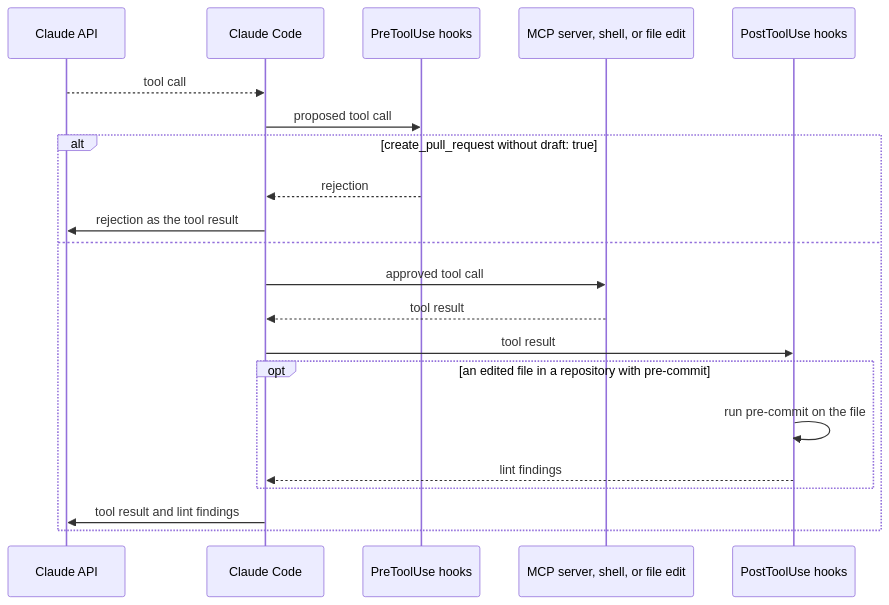
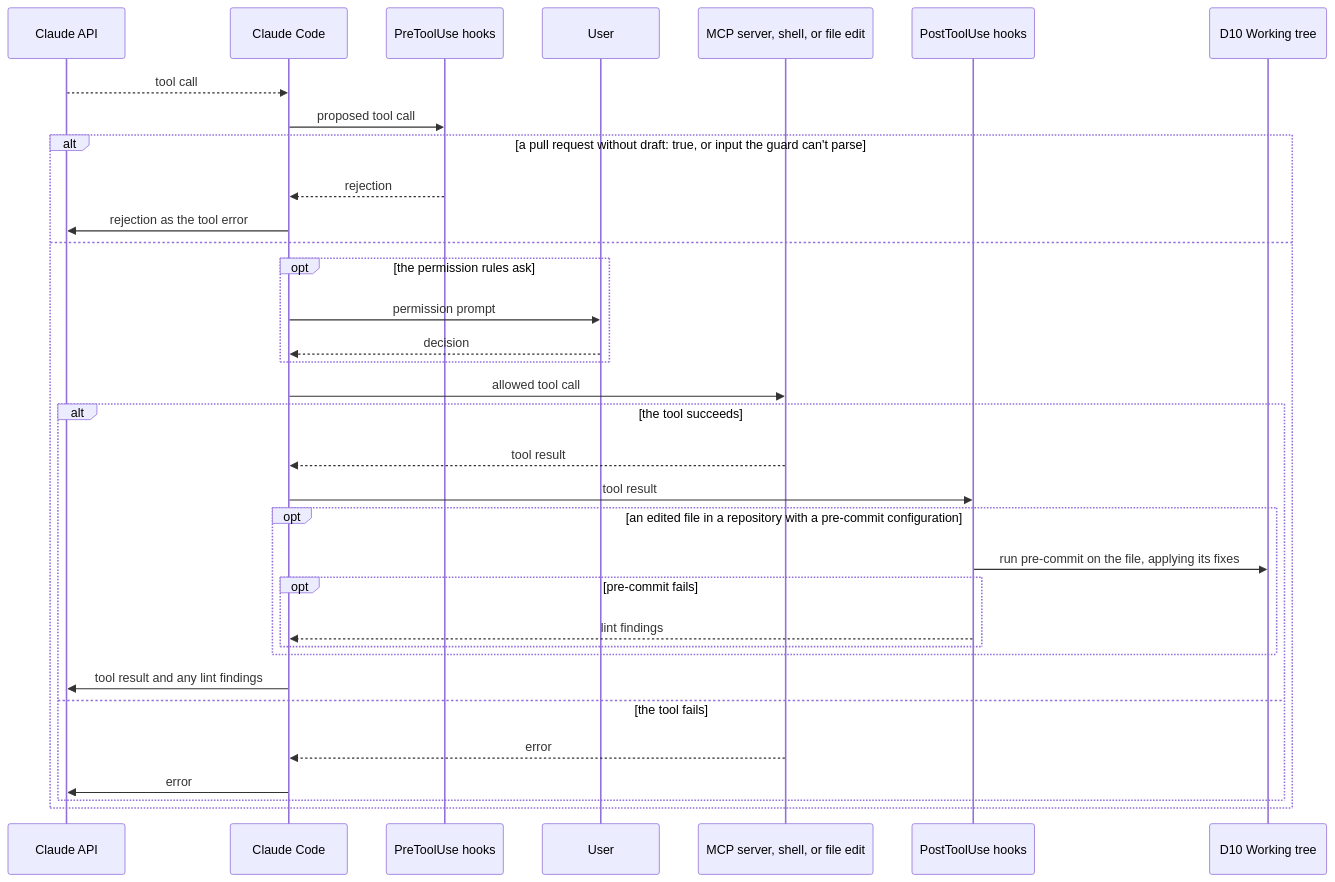
The second of 3 diagrams in docs/reference/data-flow-paths.md (alunduil/alunduil-chezmoi), drawn with Mermaid before and after one commit. The commit also changed other lines of this file and 3 other files, not shown here.

First line of the commit message:
Correct the data flow against the workstation

````diff
--- a/docs/reference/data-flow-paths.md
+++ b/docs/reference/data-flow-paths.md
@@ -56,24 +57,37 @@
 ```mermaid
 sequenceDiagram
   participant Model as Claude API
   participant Session as Claude Code
   participant Pre as PreToolUse hooks
+  participant User
   participant Tool as MCP server, shell, or file edit
   participant Post as PostToolUse hooks
+  participant Tree as D10 Working tree
 
   Model-->>Session: tool call
   Session->>Pre: proposed tool call
-  alt create_pull_request without draft: true
+  alt a pull request without draft: true, or input the guard can't parse
     Pre-->>Session: rejection
-    Session->>Model: rejection as the tool result
+    Session->>Model: rejection as the tool error
   else
-    Session->>Tool: approved tool call
-    Tool-->>Session: tool result
-    Session->>Post: tool result
-    opt an edited file in a repository with pre-commit
-      Post->>Post: run pre-commit on the file
-      Post-->>Session: lint findings
+    opt the permission rules ask
+      Session->>User: permission prompt
+      User-->>Session: decision
     end
-    Session->>Model: tool result and lint findings
+    Session->>Tool: allowed tool call
+    alt the tool succeeds
+      Tool-->>Session: tool result
+      Session->>Post: tool result
+      opt an edited file in a repository with a pre-commit configuration
+        Post->>Tree: run pre-commit on the file, applying its fixes
+        opt pre-commit fails
+          Post-->>Session: lint findings
+        end
+      end
+      Session->>Model: tool result and any lint findings
+    else the tool fails
+      Tool-->>Session: error
+      Session->>Model: error
+    end
   end
 ```
````
